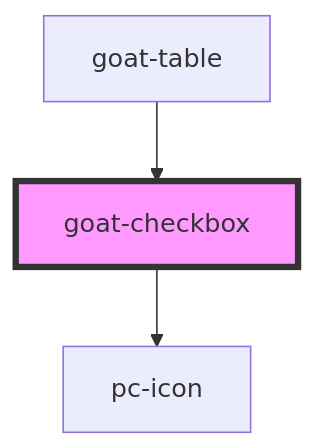
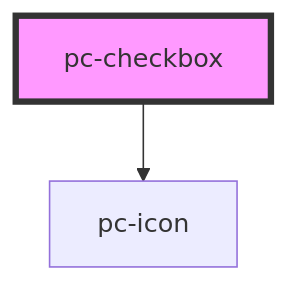
One commit to redvars/peacock changed the diagram in src/components/input-controls/checkbox/readme.md. Above: the diagram before and after it, drawn with Mermaid. The commit also changed other lines of this file and 127 other files, not shown here.

````diff
--- a/src/components/input-controls/checkbox/readme.md
+++ b/src/components/input-controls/checkbox/readme.md
@@ -80,6 +76,5 @@
 ```mermaid
 graph TD;
-  goat-checkbox --> pc-icon
-  goat-table --> goat-checkbox
-  style goat-checkbox fill:#f9f,stroke:#333,stroke-width:4px
+  pc-checkbox --> pc-icon
+  style pc-checkbox fill:#f9f,stroke:#333,stroke-width:4px
 ```
````
